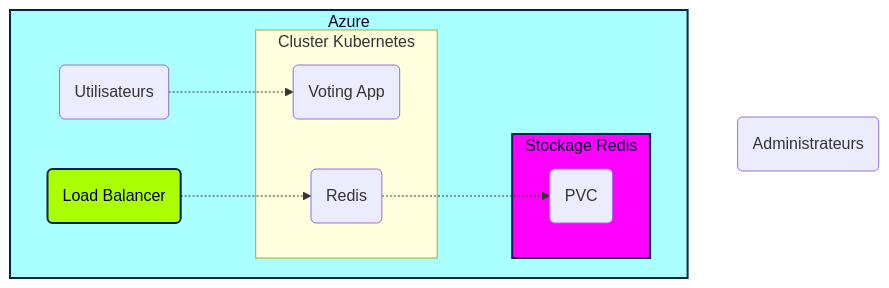
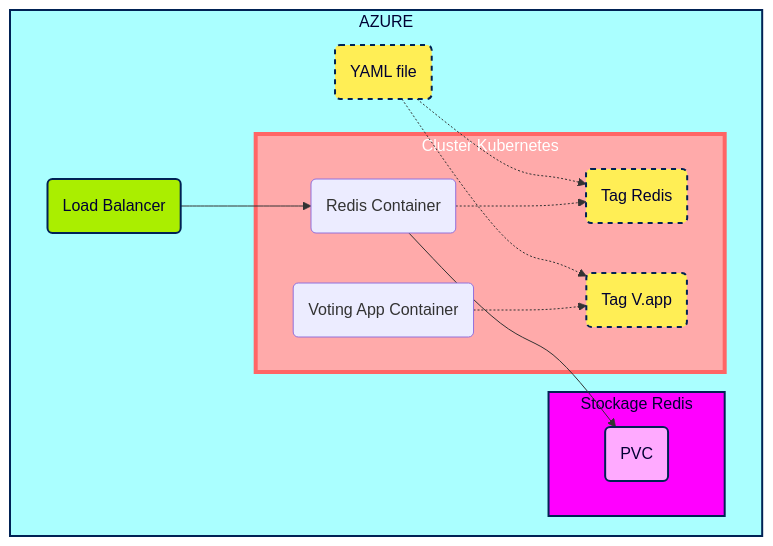
One commit to simplon-lerouxDunvael/Brief_6 changed the diagram in Topologie Infrastructure.md. Above: the diagram before and after it, drawn with Mermaid.

Commit message:
topologie changes

````diff
--- a/Topologie Infrastructure.md
+++ b/Topologie Infrastructure.md
@@ -4,36 +4,42 @@
 ```mermaid
 flowchart TD 
 
-user(Utilisateurs)
-admin(Administrateurs)
+yml(YAML file)
+appGW(Load Balancer)
 
-    subgraph AZ [Azure]
+    subgraph AZ [AZURE]
         subgraph BDD [Stockage Redis]
             Stock(PVC)
         end
     
     subgraph Cluster [Cluster Kubernetes]
-        KT-temp1(Voting App)
-        KT-temp2(Redis)
+        KT-temp1(Voting App Container)
+        KT-temp2(Redis Container)
+        tag1(Tag V.app)
+        tag2(Tag Redis)
         end
 
-    appGW(Load Balancer)
 
-appGW -.-> KT-temp2
-KT-temp2 -.-> Stock
-user -.->  KT-temp1
+appGW --> KT-temp2
+KT-temp2 --> Stock
+KT-temp2 -.-> tag2
+KT-temp1 -.-> tag1
+yml -.-> tag2
+yml -.-> tag1
 
     end
 
-    classDef rouge fill:#faa,stroke:#f66,stroke-width:4px,color:#fff,stroke-dasharray: 5 5;
-    class VM, rouge;
-    classDef sec fill:#aff,stroke:#025,stroke-width:2px,color:#003;
-    class AZ, sec;
-    classDef ter fill:#f0f,stroke:#025,stroke-width:2px,color:#003;
-    class BDD,vmadmin, ter;
-    classDef vert fill:#af0,stroke:#025,stroke-width:2px,color:#003;
-    class proxy,appGW,Serv, vert;
-    classDef blanc fill:#fff,stroke:#025,stroke-width:2px,color:#003;
-    class Web, blanc;
+    classDef rouge fill:#faa,stroke:#f66,stroke-width:4px,color:#fff;
+    class Cluster, rouge;
+    classDef bleu fill:#aff,stroke:#025,stroke-width:2px,color:#003;
+    class AZ, bleu;
+    classDef rose fill:#f0f,stroke:#025,stroke-width:2px,color:#003;
+    class BDD, rose;
+    classDef vert fill:#ae0,stroke:#025,stroke-width:2px,color:#003;
+    class appGW, vert;
+    classDef blanc fill:#faf,stroke:#025,stroke-width:2px,color:#003;
+    class Stock, blanc;
+    classDef jaune fill:#fe5,stroke:#025,stroke-width:2px,color:#003,stroke-dasharray: 5 5;
+    class yml,tag1,tag2, jaune;
 
 ```
````
